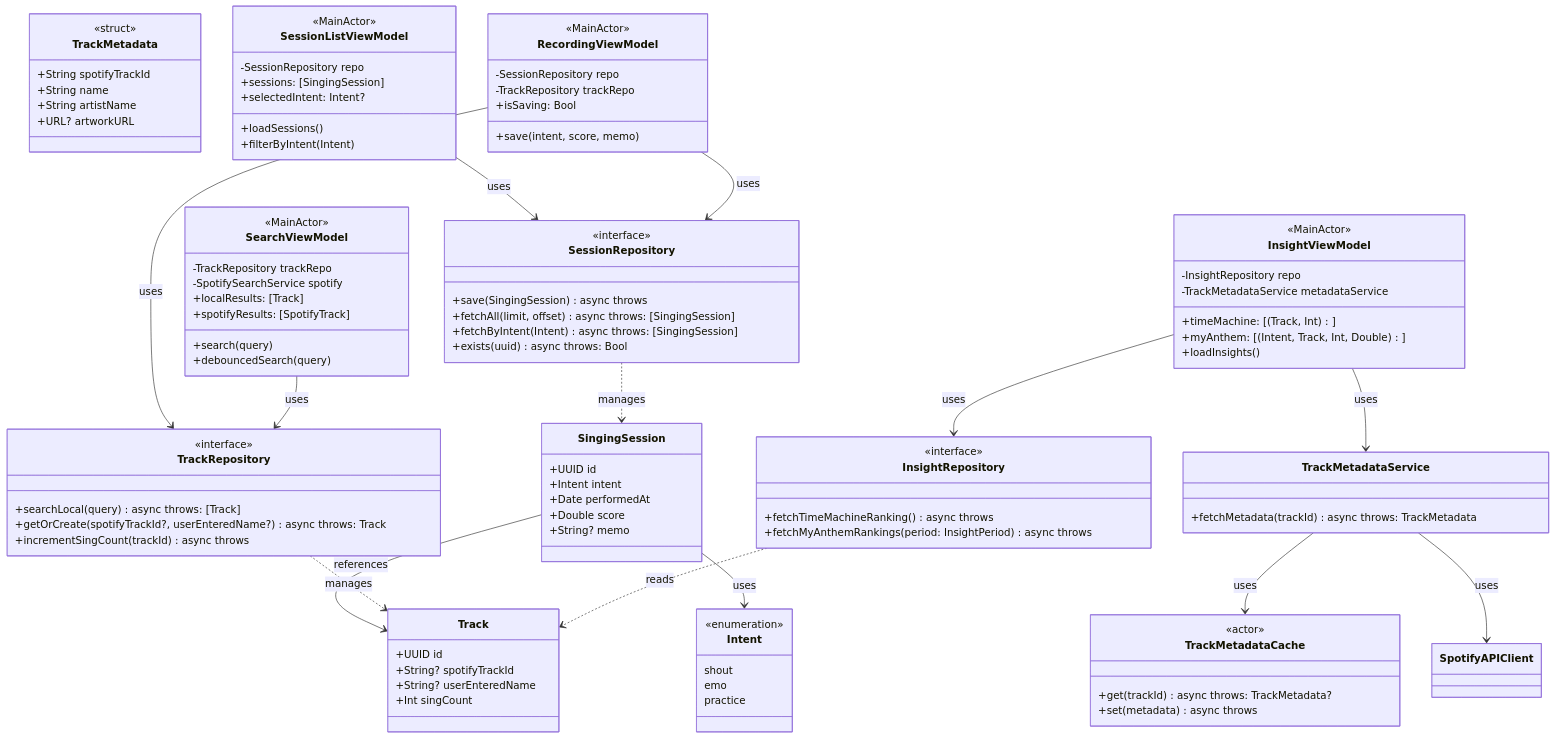
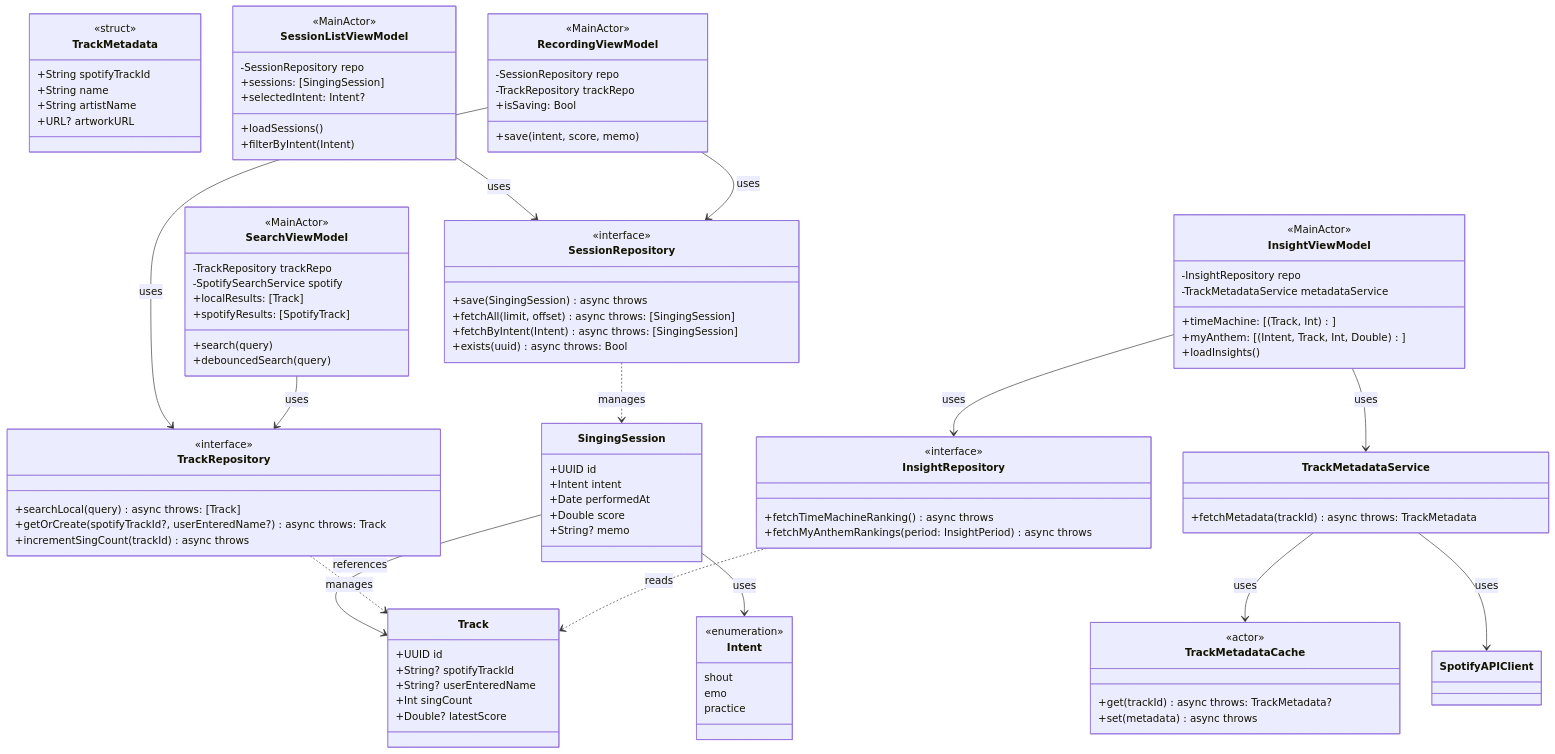
The fifth of 7 diagrams in docs/detailed_design.md (omomi-moti/Karaoke_support), drawn with Mermaid before and after one commit. The commit also changed other lines of this file and 4 other files, not shown here.

```diff
--- a/docs/detailed_design.md
+++ b/docs/detailed_design.md
@@ -228,6 +229,7 @@
         +String? spotifyTrackId
         +String? userEnteredName
         +Int singCount
+        +Double? latestScore
     }
 
     class TrackMetadata {
```
